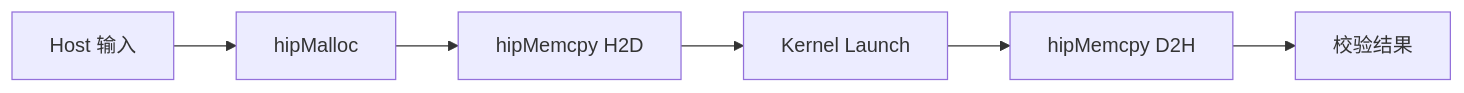
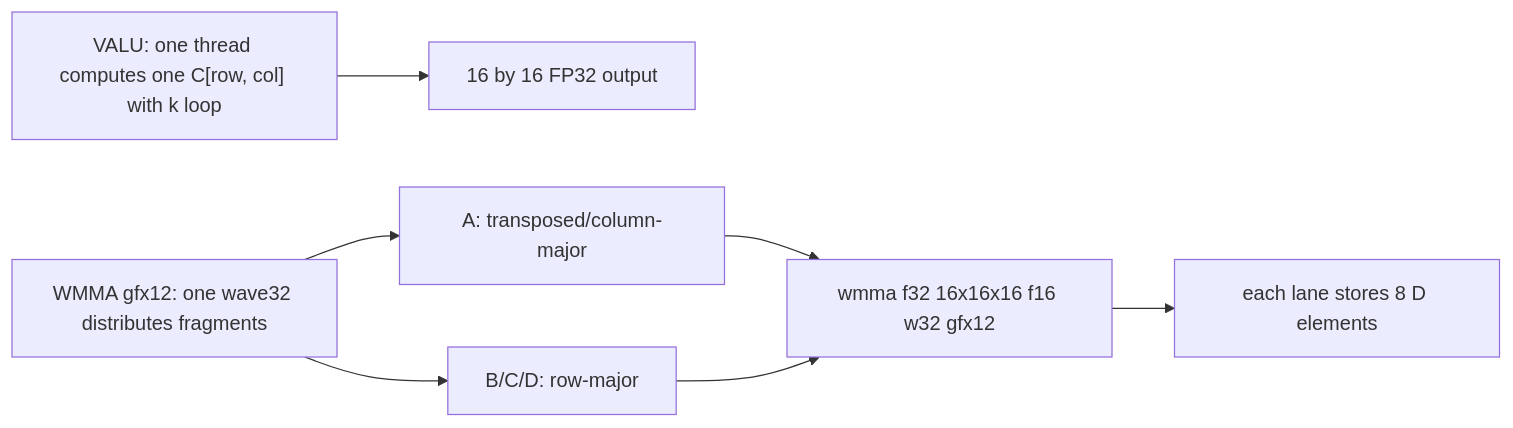
The sixth of 6 diagrams in docs/part0-intro/chapter3/index.md (Weihong-Liu/hello-gpu), drawn with Mermaid before and after one commit. The commit also changed other lines of this file and 133 other files, not shown here.

````diff
--- a/docs/part0-intro/chapter3/index.md
+++ b/docs/part0-intro/chapter3/index.md
@@ -43,8 +260,9 @@
 ```mermaid
 flowchart LR
-    A[Host 输入] --> B[hipMalloc]
-    B --> C[hipMemcpy H2D]
-    C --> D[Kernel Launch]
-    D --> E[hipMemcpy D2H]
-    E --> F[校验结果]
+    V["VALU: one thread computes one C[row, col] with k loop"] --> VC[16 by 16 FP32 output]
+    W[WMMA gfx12: one wave32 distributes fragments] --> F[A: transposed/column-major]
+    W --> G[B/C/D: row-major]
+    F --> I[wmma f32 16x16x16 f16 w32 gfx12]
+    G --> I
+    I --> D[each lane stores 8 D elements]
 ```
````
